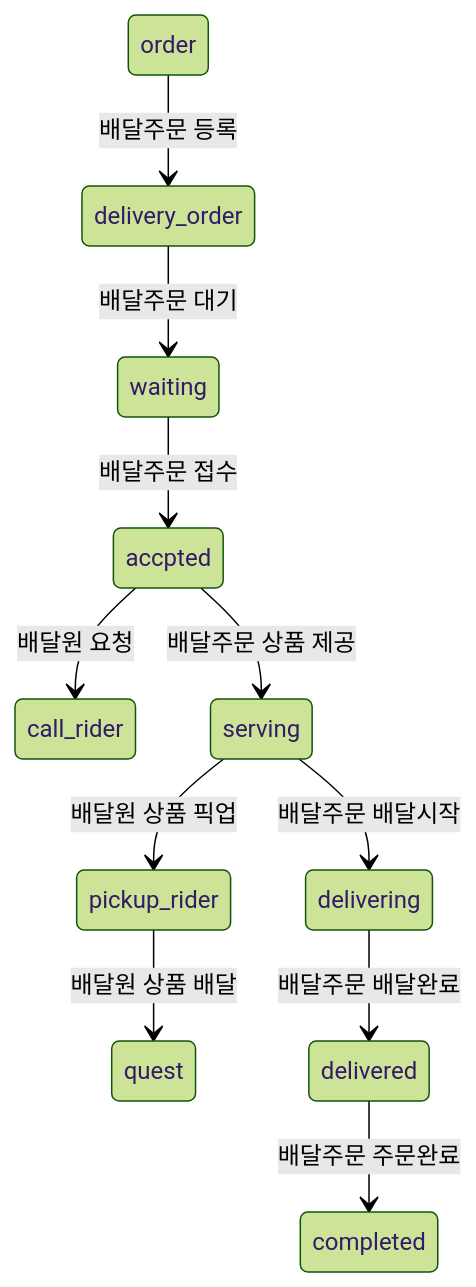
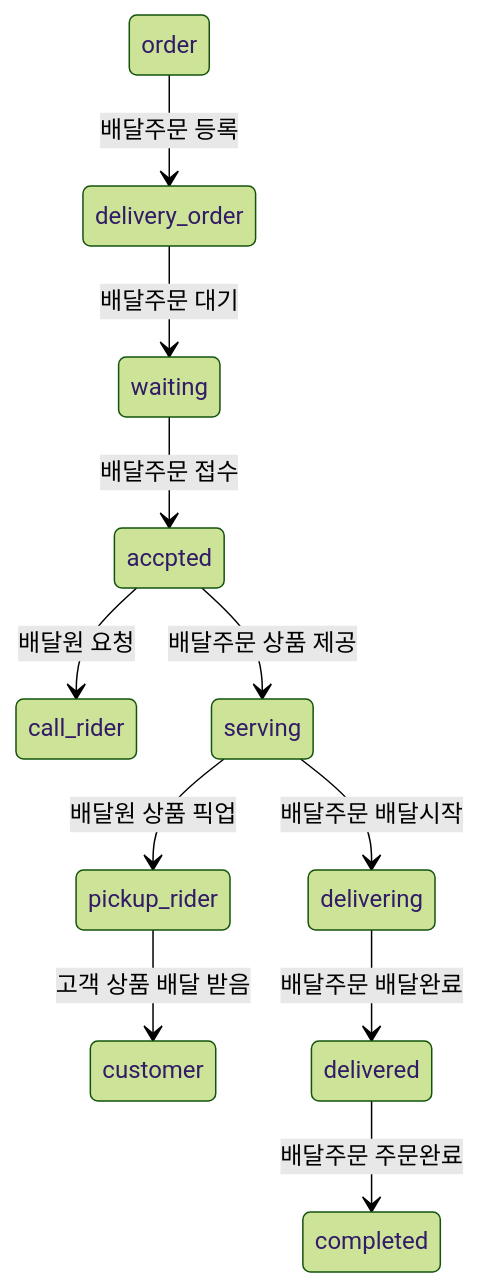
Before and after one commit to jinyoonYang/ddd-strategic-design: the sixth of 7 diagrams in README.md, drawn with Mermaid (forest theme). The commit also changed other lines of this file, not shown here.

````diff
--- a/README.md
+++ b/README.md
@@ -322,14 +323,14 @@
 ```mermaid
 stateDiagram-v2
   table: order
   table --> delivery_order: 배달주문 등록
   delivery_order --> waiting : 배달주문 대기
   waiting --> accpted : 배달주문 접수
   accpted --> call_rider  : 배달원 요청
   accpted --> serving : 배달주문 상품 제공
   serving --> pickup_rider : 배달원 상품 픽업
   serving --> delivering : 배달주문 배달시작
-  pickup_rider --> quest : 배달원 상품 배달
+  pickup_rider --> customer : 고객 상품 배달 받음
   delivering --> delivered : 배달주문 배달완료
   delivered --> completed : 배달주문 주문완료
 ```
````
